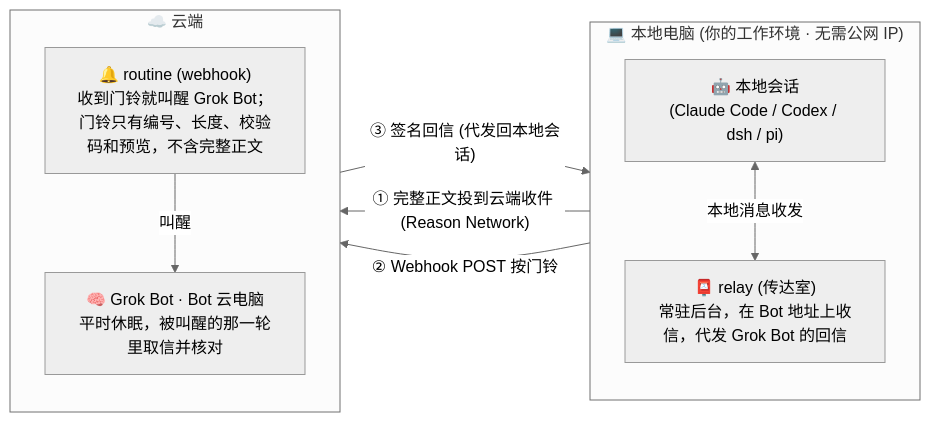
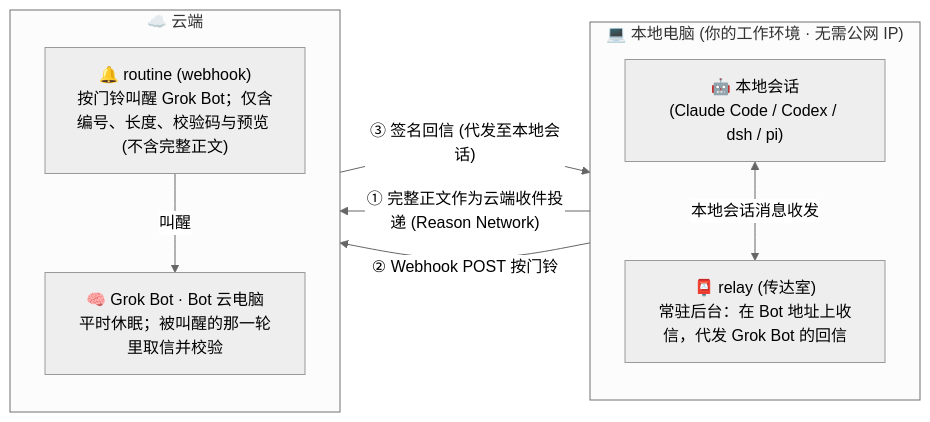
One commit to xiaozhenliu/agent-mesh changed the first of 2 diagrams in README.zh-CN.md. Above: the diagram before and after it, drawn with Mermaid (neutral theme). The commit also changed other lines of this file and 1 other file, not shown here.

````diff
--- a/README.zh-CN.md
+++ b/README.zh-CN.md
@@ -22,20 +43,20 @@
 ```mermaid
 flowchart LR
     subgraph LOCAL["💻 本地电脑 (你的工作环境 · 无需公网 IP)"]
         direction TB
         AGENT["🤖 本地会话<br/>(Claude Code / Codex / dsh / pi)"]
-        RELAY["📮 relay (传达室)<br/>常驻后台，在 Bot 地址上收信，代发 Grok Bot 的回信"]
-        AGENT <-->|"本地消息收发"| RELAY
+        RELAY["📮 relay (传达室)<br/>常驻后台：在 Bot 地址上收信，代发 Grok Bot 的回信"]
+        AGENT <-->|"本地会话消息收发"| RELAY
     end
 
     subgraph CLOUD["☁️ 云端"]
         direction TB
-        DOORBELL["🔔 routine (webhook)<br/>收到门铃就叫醒 Grok Bot；门铃只有编号、长度、校验码和预览，不含完整正文"]
-        BOT["🧠 Grok Bot · Bot 云电脑<br/>平时休眠，被叫醒的那一轮里取信并核对"]
+        DOORBELL["🔔 routine (webhook)<br/>按门铃叫醒 Grok Bot；仅含编号、长度、校验码与预览 (不含完整正文)"]
+        BOT["🧠 Grok Bot · Bot 云电脑<br/>平时休眠；被叫醒的那一轮里取信并校验"]
         DOORBELL -->|"叫醒"| BOT
     end
 
-    RELAY -->|"① 完整正文投到云端收件 (Reason Network)"| BOT
+    RELAY -->|"① 完整正文作为云端收件投递 (Reason Network)"| BOT
     RELAY -->|"② Webhook POST 按门铃"| DOORBELL
-    BOT -->|"③ 签名回信 (代发回本地会话)"| RELAY
+    BOT -->|"③ 签名回信 (代发至本地会话)"| RELAY
 ```
````
